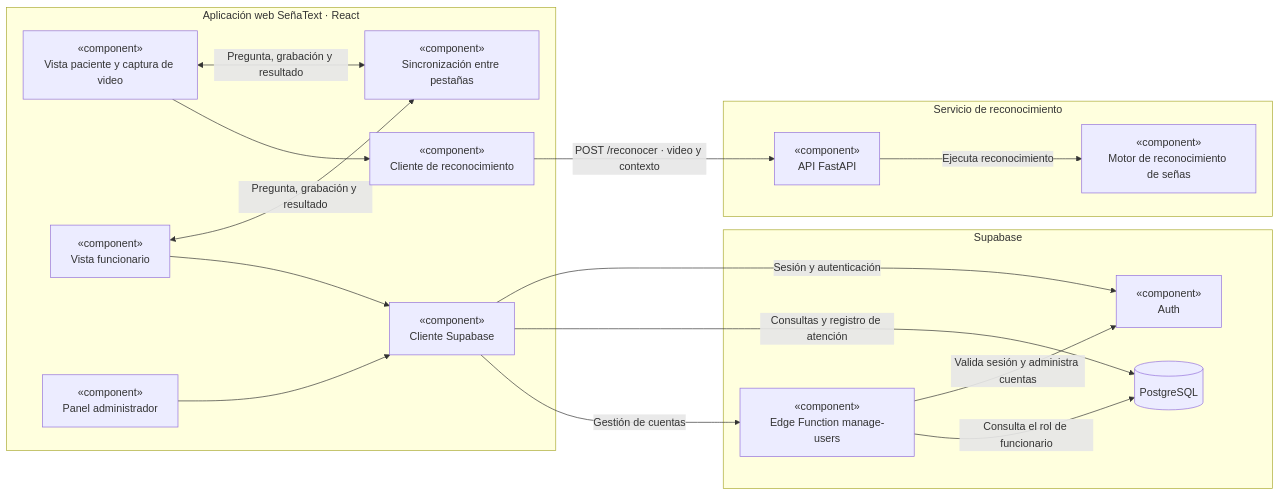
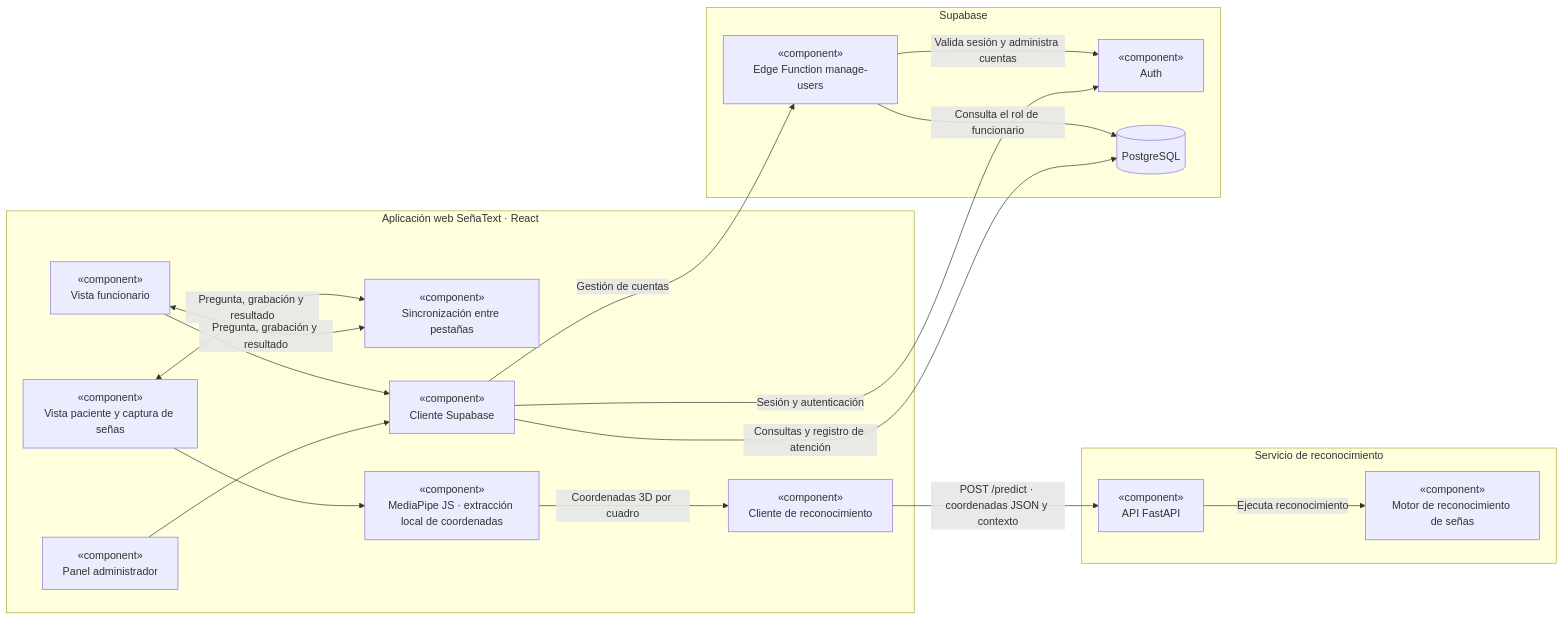
One commit to mtynnn/senatext changed the diagram in Fase 2/Evidencias Proyecto/Evidencias de documentación/Diagrama de componentes SeñaText.md. Above: the diagram before and after it, drawn with Mermaid. The commit also changed other lines of this file and 1 other file, not shown here.

Commit message:
Alinear diagramas UML con el flujo de coordenadas del arc42

````diff
--- a/Fase 2/Evidencias Proyecto/Evidencias de documentación/Diagrama de componentes SeñaText.md
+++ b/Fase 2/Evidencias Proyecto/Evidencias de documentación/Diagrama de componentes SeñaText.md
@@ -5,36 +5,38 @@
 ```mermaid
 flowchart LR
     subgraph WEB["Aplicación web SeñaText · React"]
-        VP["«component»<br/>Vista paciente y captura de video"]
+        VP["«component»<br/>Vista paciente y captura de señas"]
         VF["«component»<br/>Vista funcionario"]
         VA["«component»<br/>Panel administrador"]
         SYNC["«component»<br/>Sincronización entre pestañas"]
+        MP["«component»<br/>MediaPipe JS · extracción local de coordenadas"]
         HTTP["«component»<br/>Cliente de reconocimiento"]
         SB["«component»<br/>Cliente Supabase"]
 
         VP <-->|Pregunta, grabación y resultado| SYNC
         VF <-->|Pregunta, grabación y resultado| SYNC
-        VP --> HTTP
+        VP --> MP
+        MP -->|Coordenadas 3D por cuadro| HTTP
         VF --> SB
         VA --> SB
     end
 
     subgraph REC["Servicio de reconocimiento"]
         API["«component»<br/>API FastAPI"]
         MOTOR["«component»<br/>Motor de reconocimiento de señas"]
         API -->|Ejecuta reconocimiento| MOTOR
     end
 
     subgraph DATA["Supabase"]
         AUTH["«component»<br/>Auth"]
         PG[("PostgreSQL")]
         EDGE["«component»<br/>Edge Function manage-users"]
         EDGE -->|Valida sesión y administra cuentas| AUTH
         EDGE -->|Consulta el rol de funcionario| PG
     end
 
-    HTTP -->|POST /reconocer · video y contexto| API
+    HTTP -->|POST /predict · coordenadas JSON y contexto| API
     SB -->|Sesión y autenticación| AUTH
     SB -->|Consultas y registro de atención| PG
     SB -->|Gestión de cuentas| EDGE
 ```
````
